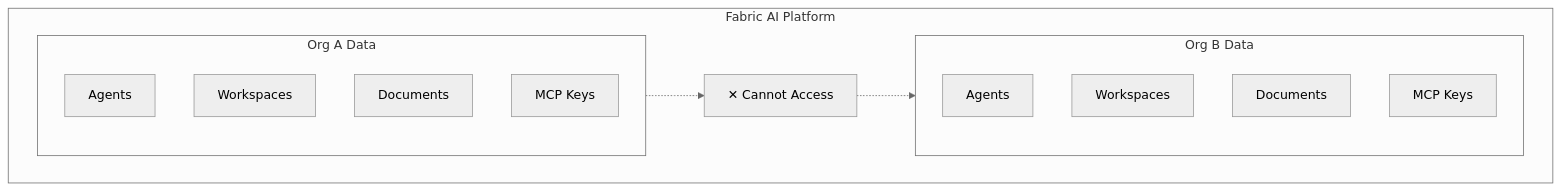
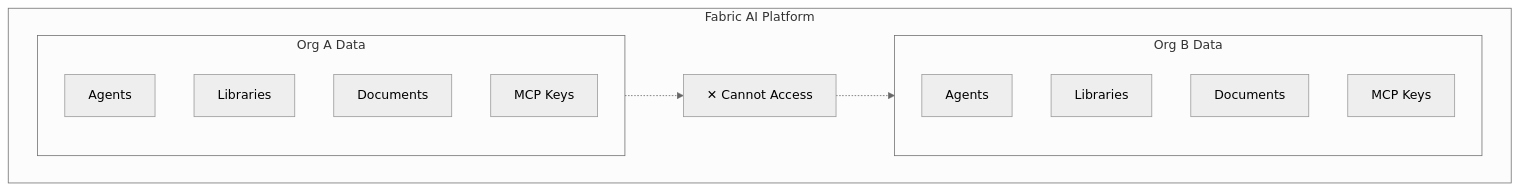
Before and after one commit to Fabric-Pro/fabric-oss: the third of 3 diagrams in apps/web/content/docs/features/organizations.mdx, drawn with Mermaid (neutral theme). The commit also changed other lines of this file and 1129 other files, not shown here.

````diff
--- a/apps/web/content/docs/features/organizations.mdx
+++ b/apps/web/content/docs/features/organizations.mdx
@@ -154,23 +154,23 @@
 ```mermaid
 flowchart TB
     subgraph PLATFORM["Fabric AI Platform"]
         subgraph ORGA["Org A Data"]
             A1["Agents"]
-            A2["Workspaces"]
+            A2["Libraries"]
             A3["Documents"]
             A4["MCP Keys"]
         end
 
         BARRIER["✕ Cannot Access"]
 
         subgraph ORGB["Org B Data"]
             B1["Agents"]
-            B2["Workspaces"]
+            B2["Libraries"]
             B3["Documents"]
             B4["MCP Keys"]
         end
 
         ORGA -.-> BARRIER
         BARRIER -.-> ORGB
     end
 ```
````
